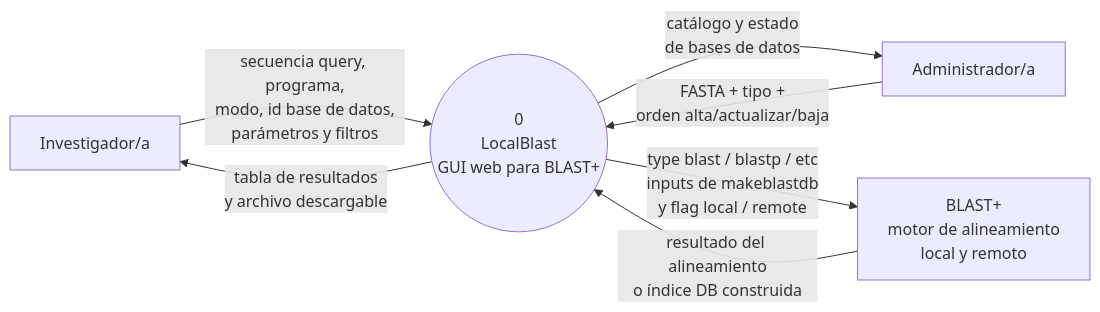
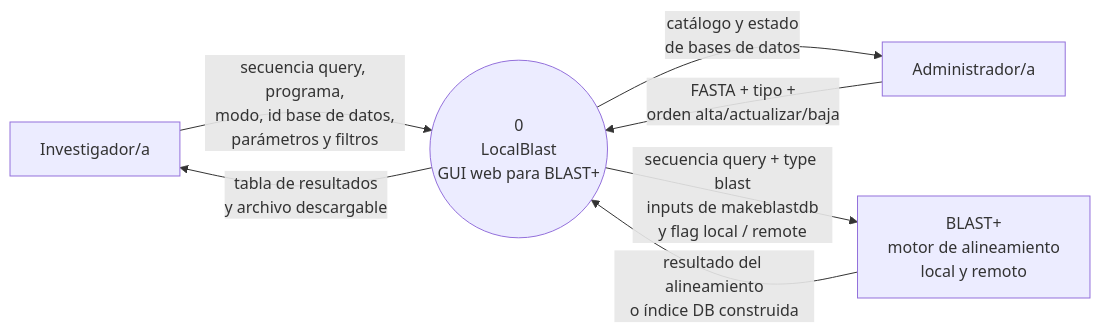
The first of 2 diagrams in docs/architecture/contexto-inicial.md (AgustinGaitan2/LocalBlast_2026), drawn with Mermaid before and after one commit.

Commit message:
docs: corrige sintaxis mermaid diagrama de contexto nivel 0

````diff
--- a/docs/architecture/contexto-inicial.md
+++ b/docs/architecture/contexto-inicial.md
@@ -5,18 +5,18 @@
 ```mermaid
 flowchart LR
     INV[Investigador/a]
 
     P((0<br/>LocalBlast<br/>GUI web para BLAST+))
 
     ADM[Administrador/a]
     BLAST[BLAST+<br/>motor de alineamiento<br/>local y remoto]
 
     INV -->|secuencia query, programa,<br/>modo, id base de datos,<br/>parámetros y filtros| P
     P -->|tabla de resultados<br/>y archivo descargable| INV
 
     ADM -->|FASTA + tipo +<br/>orden alta/actualizar/baja| P
     P -->|catálogo y estado<br/>de bases de datos| ADM
 
-    P -->|type blast / blastp / etc <br/>inputs de makeblastdb<br/>y flag local / remote| BLAST
+    P -->| secuencia query + type blast<br/>inputs de makeblastdb<br/>y flag local / remote| BLAST
     BLAST -->|resultado del alineamiento<br/>o índice DB construida| P
 ```
````
